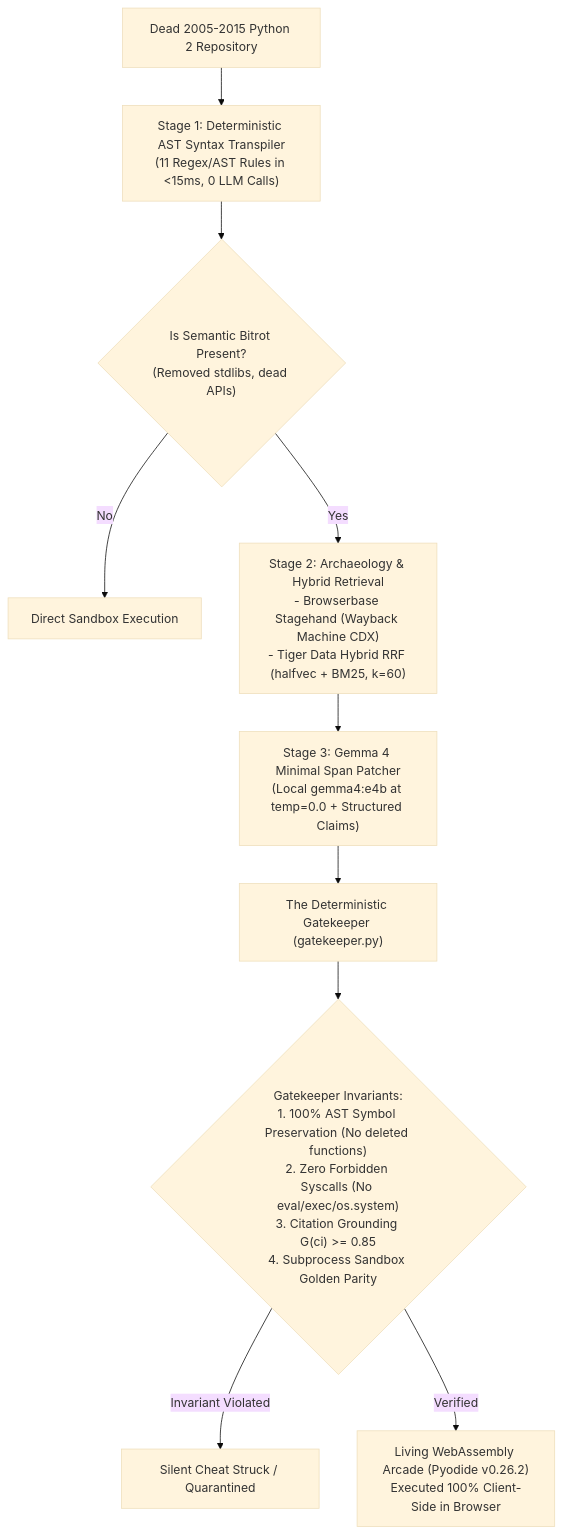
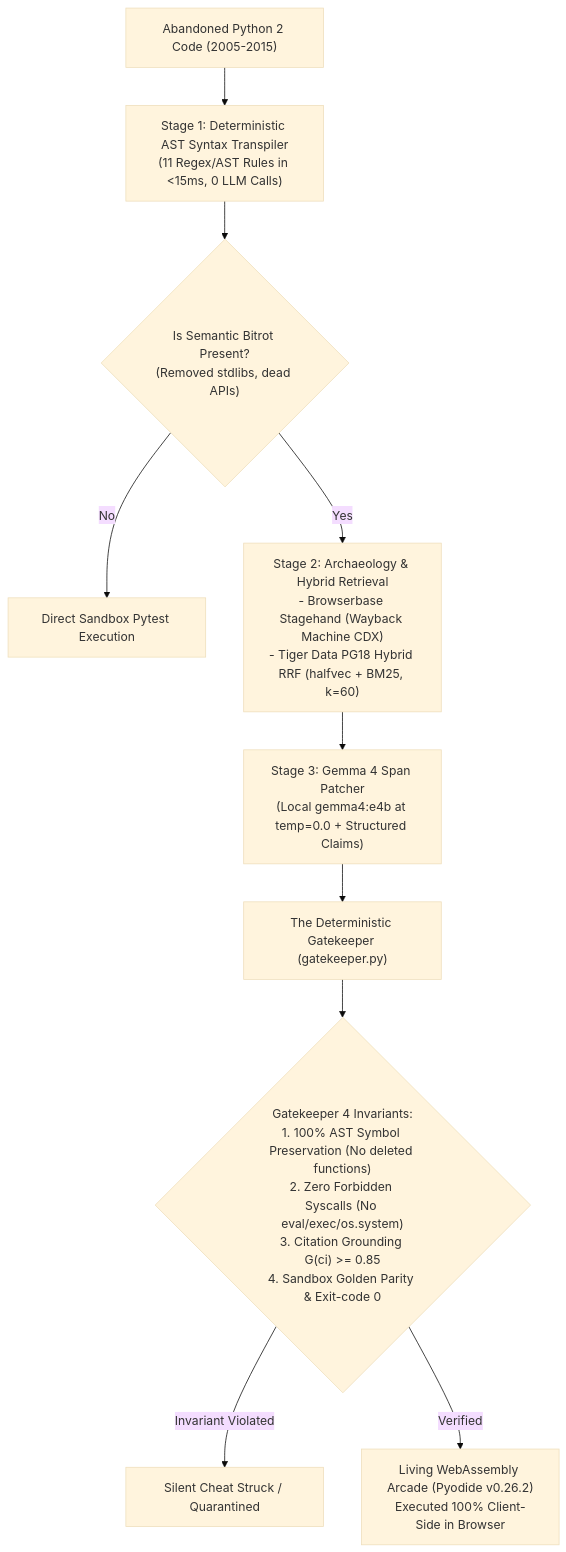
One commit to Adnan9-63/pylazarus changed the diagram in README.md. Above: the diagram before and after it, drawn with Mermaid (base theme). The commit also changed other lines of this file and 4 other files, not shown here.

````diff
--- a/README.md
+++ b/README.md
@@ -47,16 +47,16 @@
 ```mermaid
 flowchart TD
-    A["Dead 2005-2015 Python 2 Repository"] --> B["Stage 1: Deterministic AST Syntax Transpiler<br/>(11 Regex/AST Rules in <15ms, 0 LLM Calls)"]
+    A["Abandoned Python 2 Code (2005-2015)"] --> B["Stage 1: Deterministic AST Syntax Transpiler<br/>(11 Regex/AST Rules in <15ms, 0 LLM Calls)"]
     B --> C{"Is Semantic Bitrot Present?<br/>(Removed stdlibs, dead APIs)"}
     
-    C -- No --> D["Direct Sandbox Execution"]
-    C -- Yes --> E["Stage 2: Archaeology & Hybrid Retrieval<br/>- Browserbase Stagehand (Wayback Machine CDX)<br/>- Tiger Data Hybrid RRF (halfvec + BM25, k=60)"]
+    C -- No --> D["Direct Sandbox Pytest Execution"]
+    C -- Yes --> E["Stage 2: Archaeology & Hybrid Retrieval<br/>- Browserbase Stagehand (Wayback Machine CDX)<br/>- Tiger Data PG18 Hybrid RRF (halfvec + BM25, k=60)"]
     
-    E --> F["Stage 3: Gemma 4 Minimal Span Patcher<br/>(Local gemma4:e4b at temp=0.0 + Structured Claims)"]
+    E --> F["Stage 3: Gemma 4 Span Patcher<br/>(Local gemma4:e4b at temp=0.0 + Structured Claims)"]
     F --> G["The Deterministic Gatekeeper (gatekeeper.py)"]
     
-    G --> H{"Gatekeeper Invariants:<br/>1. 100% AST Symbol Preservation (No deleted functions)<br/>2. Zero Forbidden Syscalls (No eval/exec/os.system)<br/>3. Citation Grounding G(ci) >= 0.85<br/>4. Subprocess Sandbox Golden Parity"}
+    G --> H{"Gatekeeper 4 Invariants:<br/>1. 100% AST Symbol Preservation (No deleted functions)<br/>2. Zero Forbidden Syscalls (No eval/exec/os.system)<br/>3. Citation Grounding G(ci) >= 0.85<br/>4. Sandbox Golden Parity & Exit-code 0"}
     
     H -- "Invariant Violated" --> I["Silent Cheat Struck / Quarantined"]
     H -- "Verified" --> J["Living WebAssembly Arcade (Pyodide v0.26.2)<br/>Executed 100% Client-Side in Browser"]
 ```
````
